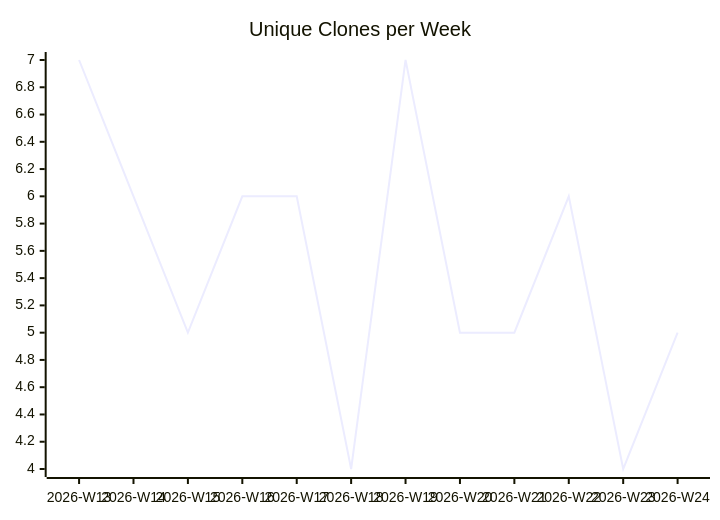
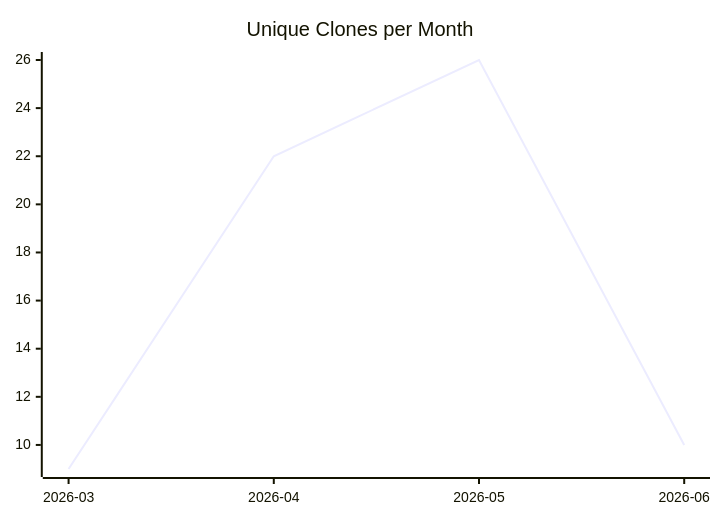
One commit to justdavis-family/github-analytics-data changed the third of 3 diagrams in karlmdavis/lego-ev3dev-rs/README.md. Above: the diagram before and after it, drawn with Mermaid. The commit also changed other lines of this file and 198 other files, not shown here.

````diff
--- a/karlmdavis/lego-ev3dev-rs/README.md
+++ b/karlmdavis/lego-ev3dev-rs/README.md
@@ -19,6 +19,6 @@
 ```mermaid
 xychart-beta
-  title "Unique Clones per Week"
-  x-axis ["2026-W13", "2026-W14", "2026-W15", "2026-W16", "2026-W17", "2026-W18", "2026-W19", "2026-W20", "2026-W21", "2026-W22", "2026-W23", "2026-W24"]
-  line [7, 6, 5, 6, 6, 4, 7, 5, 5, 6, 4, 5]
+  title "Unique Clones per Month"
+  x-axis ["2026-03", "2026-04", "2026-05", "2026-06"]
+  line [9, 22, 26, 10]
 ```
````
